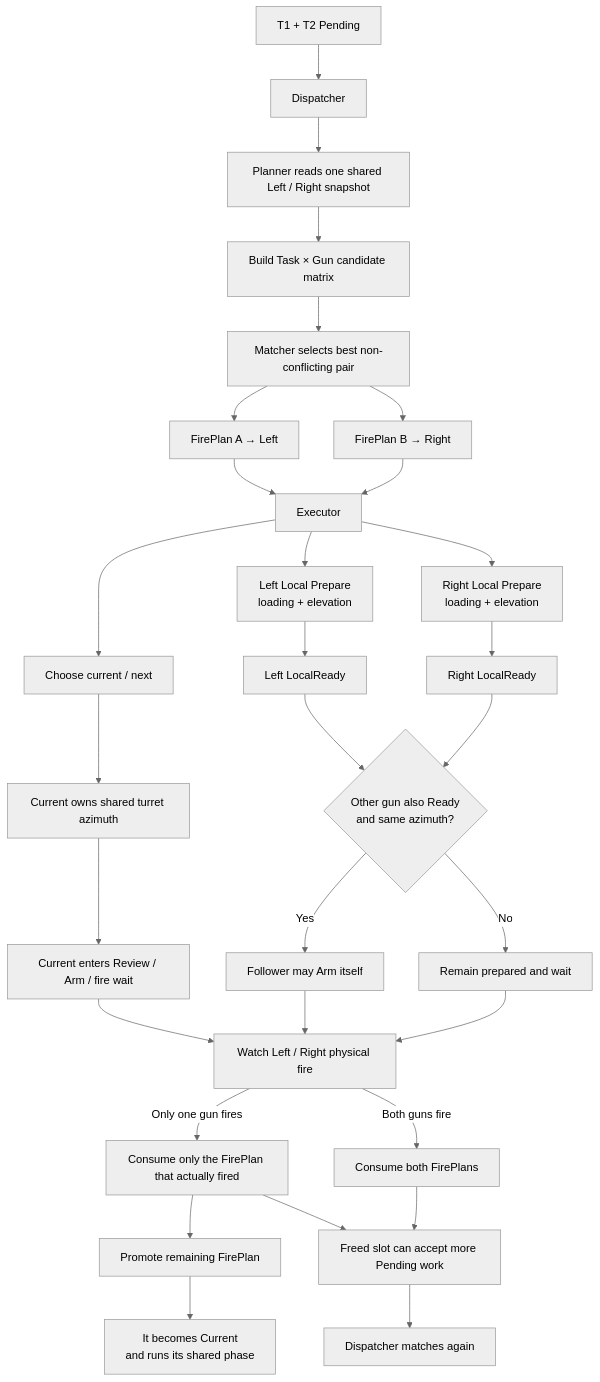
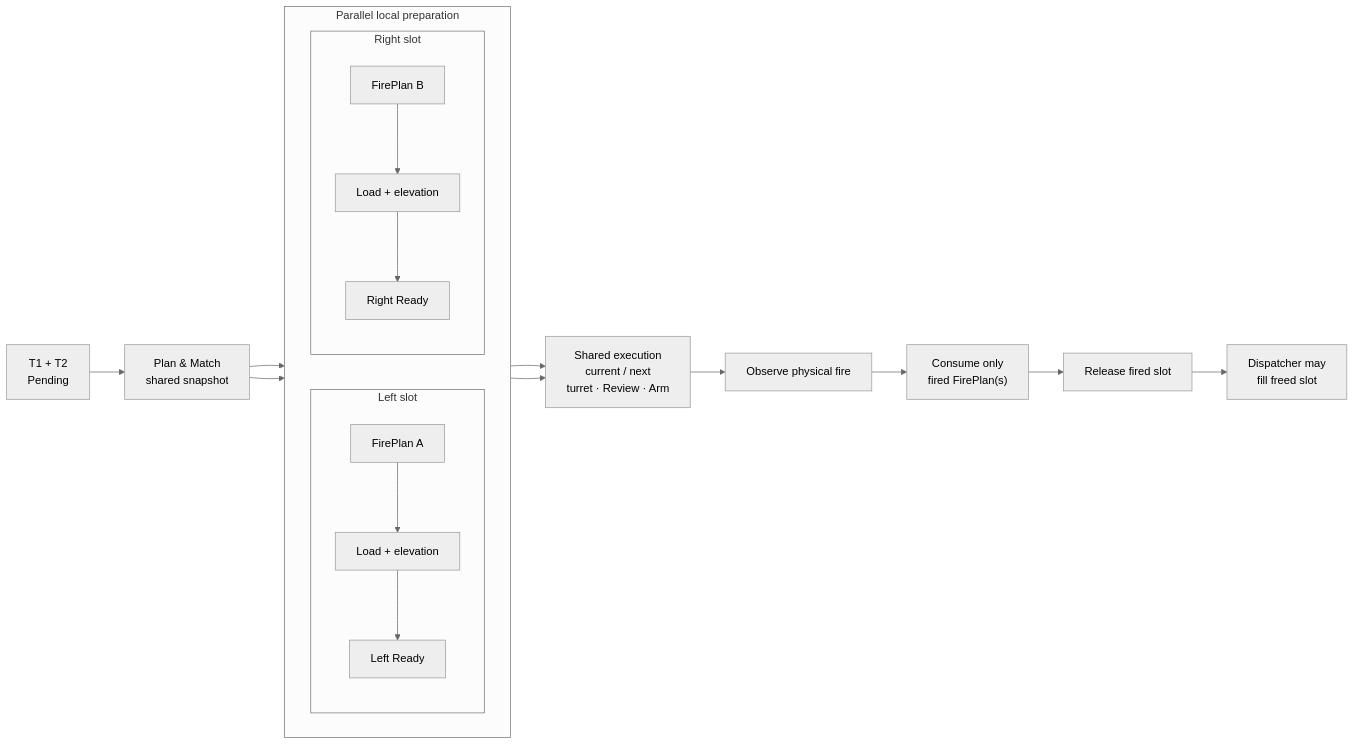
The third of 3 diagrams in README.md (HisenWeb/IronNestFCS), drawn with Mermaid (neutral theme) before and after one commit. The commit also changed other lines of this file, not shown here.

Commit message:
docs: tighten mission lifecycle diagrams

````diff
--- a/README.md
+++ b/README.md
@@ -261,39 +243,27 @@
 ```mermaid
-flowchart TD
-    A["T1 + T2 Pending"] --> B["Dispatcher"]
-    B --> C["Planner reads one shared Left / Right snapshot"]
-    C --> D["Build Task × Gun candidate matrix"]
-    D --> E["Matcher selects best non-conflicting pair"]
+flowchart LR
+    A["T1 + T2<br/>Pending"] --> B["Plan & Match<br/>shared snapshot"]
 
-    E --> F1["FirePlan A → Left"]
-    E --> F2["FirePlan B → Right"]
-    F1 --> G["Executor"]
-    F2 --> G
+    subgraph LOCAL["Parallel local preparation"]
+        direction LR
 
-    G --> H1["Left Local Prepare<br/>loading + elevation"]
-    G --> H2["Right Local Prepare<br/>loading + elevation"]
-    H1 --> I1["Left LocalReady"]
-    H2 --> I2["Right LocalReady"]
+        subgraph LEFT["Left slot"]
+            direction TB
+            L0["FirePlan A"] --> L1["Load + elevation"] --> L2["Left Ready"]
+        end
 
-    G --> J["Choose current / next"]
-    J --> K["Current owns shared turret azimuth"]
-    K --> L["Current enters Review / Arm / fire wait"]
+        subgraph RIGHT["Right slot"]
+            direction TB
+            R0["FirePlan B"] --> R1["Load + elevation"] --> R2["Right Ready"]
+        end
+    end
 
-    I1 --> M{"Other gun also Ready<br/>and same azimuth?"}
-    I2 --> M
-    M -->|"Yes"| N["Follower may Arm itself"]
-    M -->|"No"| O["Remain prepared and wait"]
-
-    L --> P["Watch Left / Right physical fire"]
-    N --> P
-    O --> P
-
-    P -->|"Only one gun fires"| Q["Consume only the FirePlan that actually fired"]
-    P -->|"Both guns fire"| R["Consume both FirePlans"]
-
-    Q --> S["Promote remaining FirePlan"]
-    S --> T["It becomes Current<br/>and runs its shared phase"]
-    Q --> U["Freed slot can accept more Pending work"]
-    R --> U
-    U --> V["Dispatcher matches again"]
+    B --> L0
+    B --> R0
+    L2 --> S["Shared execution<br/>current / next<br/>turret · Review · Arm"]
+    R2 --> S
+    S --> P["Observe physical fire"]
+    P --> C["Consume only<br/>fired FirePlan(s)"]
+    C --> F["Release fired slot"]
+    F --> N["Dispatcher may<br/>fill freed slot"]
 ```
````
